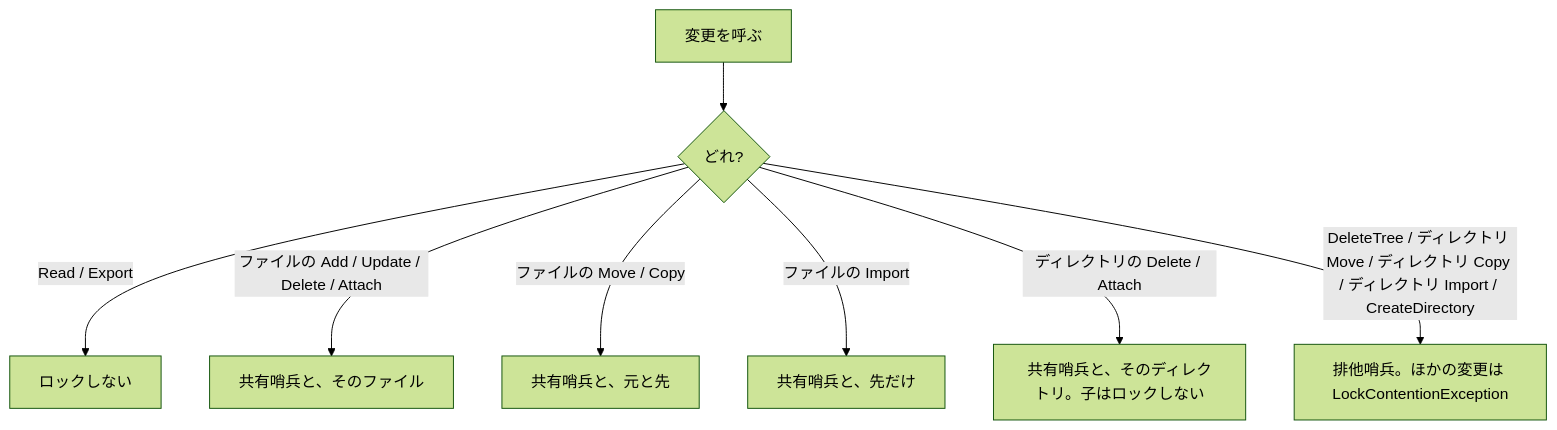
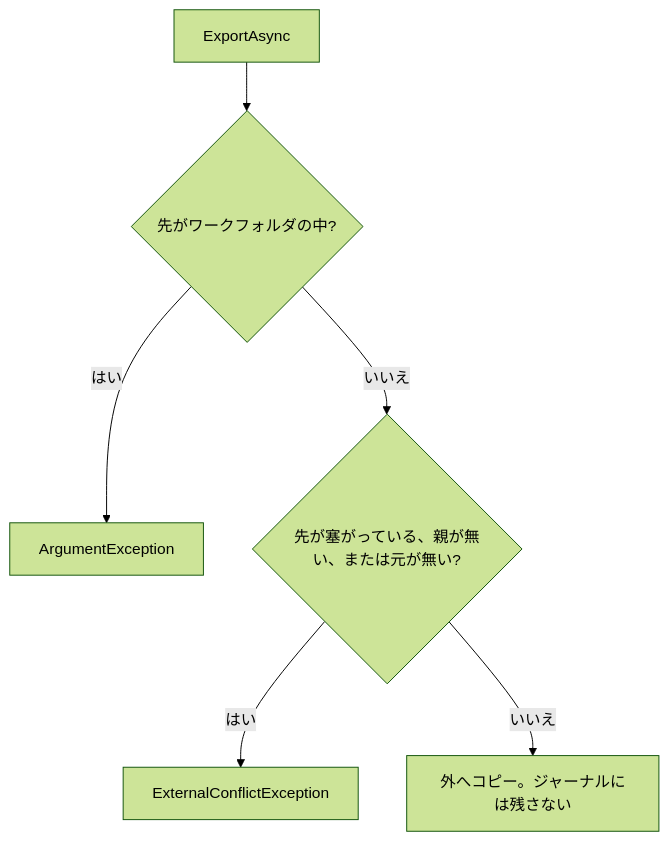
Before and after one commit to YUKIKEDA/Txfio: diagram 14 of 15 in README.md, drawn with Mermaid (forest theme). The commit also changed other lines of this file, not shown here.

Commit message:
docs(readme): 操作の説明の直後にその図を置く

````diff
--- a/README.md
+++ b/README.md
@@ -431,10 +412,8 @@
 ```mermaid
 flowchart TD
-  op["変更を呼ぶ"] --> kind{"どれ?"}
-  kind -->|Read / Export| none["ロックしない"]
-  kind -->|ファイルの Add / Update / Delete / Attach| one["共有哨兵と、そのファイル"]
-  kind -->|ファイルの Move / Copy| both["共有哨兵と、元と先"]
-  kind -->|ファイルの Import| dest["共有哨兵と、先だけ"]
-  kind -->|ディレクトリの Delete / Attach| folder["共有哨兵と、そのディレクトリ。子はロックしない"]
-  kind -->|DeleteTree / ディレクトリ Move / ディレクトリ Copy / ディレクトリ Import / CreateDirectory| ex["排他哨兵。ほかの変更は LockContentionException"]
+  exp["ExportAsync"] --> inside{"先がワークフォルダの中?"}
+  inside -->|はい| arg["ArgumentException"]
+  inside -->|いいえ| missing{"先が塞がっている、親が無い、または元が無い?"}
+  missing -->|はい| ext["ExternalConflictException"]
+  missing -->|いいえ| out["外へコピー。ジャーナルには残さない"]
 ```
````
